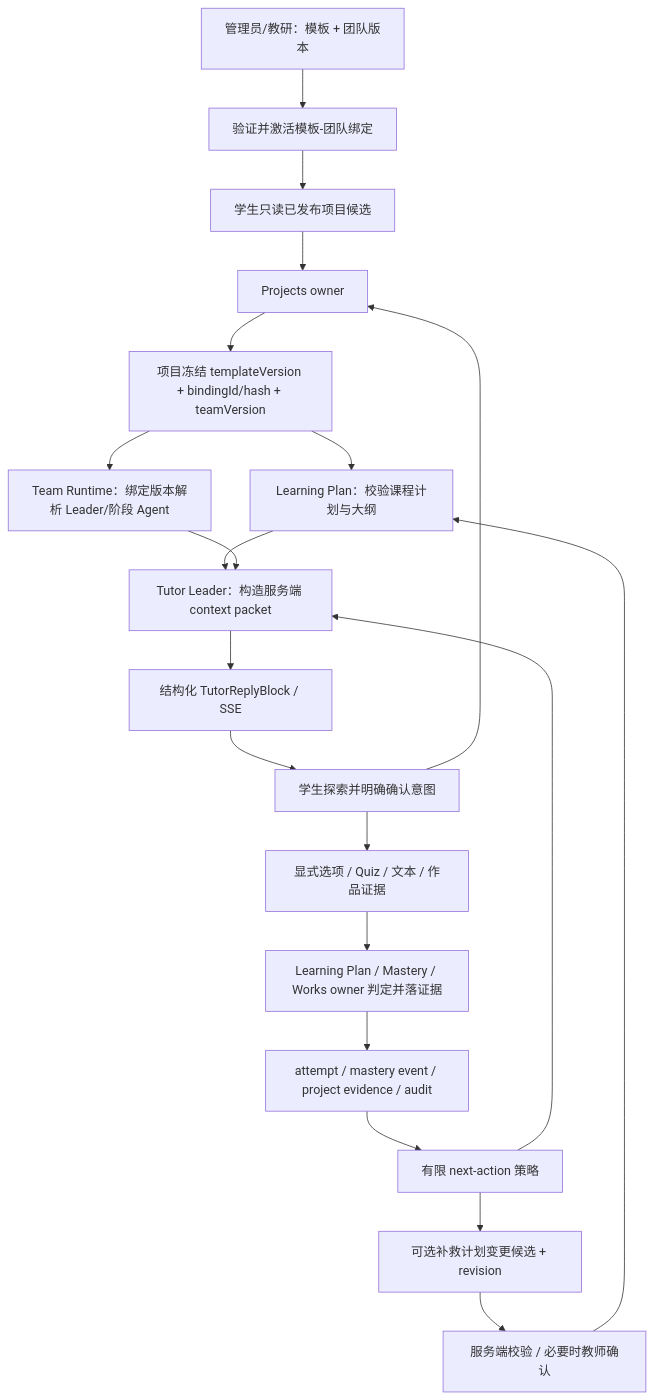
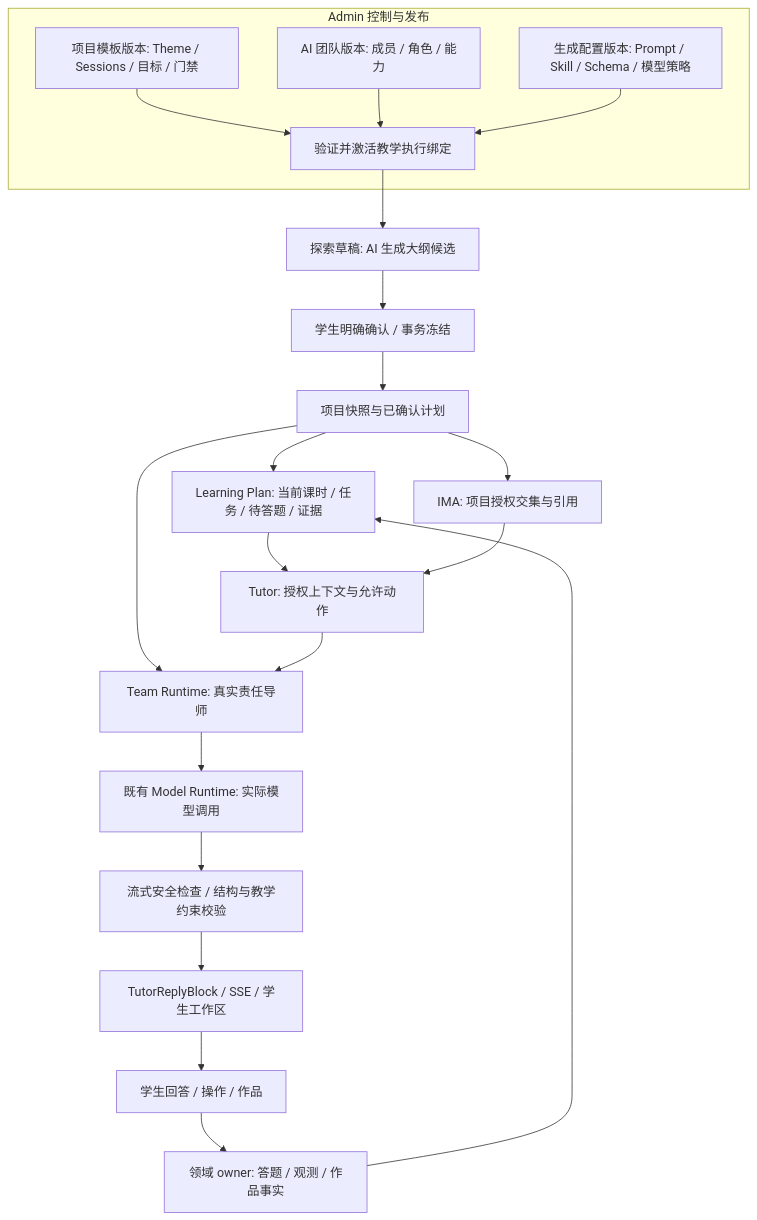
Before and after one commit to Jack-Liu0227/qitu-zhixue: the first of 2 diagrams in docs/plan/codex/architecture.md, drawn with Mermaid. The commit also changed other lines of this file and 127 other files, not shown here.

First line of the commit message:
fix: harden model routing and frozen tutor integration

````diff
--- a/docs/plan/codex/architecture.md
+++ b/docs/plan/codex/architecture.md
@@ -21,22 +30,27 @@
 ```mermaid
 flowchart TD
-  Admin[管理员/教研：模板 + 团队版本] --> Binding[验证并激活模板-团队绑定]
-  Binding --> Catalog[学生只读已发布项目候选]
-  Student[学生探索并明确确认意图] --> Projects[Projects owner]
-  Catalog --> Projects
-  Projects --> Snapshot[项目冻结 templateVersion + bindingId/hash + teamVersion]
-  Snapshot --> Plan[Learning Plan：校验课程计划与大纲]
-  Snapshot --> Run[Team Runtime：绑定版本解析 Leader/阶段 Agent]
-  Plan --> Tutor[Tutor Leader：构造服务端 context packet]
-  Run --> Tutor
-  Tutor --> Blocks[结构化 TutorReplyBlock / SSE]
-  Blocks --> Student
-  Student --> Answer[显式选项 / Quiz / 文本 / 作品证据]
-  Answer --> Owner[Learning Plan / Mastery / Works owner 判定并落证据]
-  Owner --> Events[attempt / mastery event / project evidence / audit]
-  Events --> Policy[有限 next-action 策略]
-  Policy --> Tutor
-  Policy --> Adjustment[可选补救计划变更候选 + revision]
-  Adjustment --> Review[服务端校验 / 必要时教师确认]
-  Review --> Plan
+  subgraph Control[Admin 控制与发布]
+    T[项目模板版本: Theme / Sessions / 目标 / 门禁]
+    A[AI 团队版本: 成员 / 角色 / 能力]
+    P[生成配置版本: Prompt / Skill / Schema / 模型策略]
+    B[验证并激活教学执行绑定]
+    T --> B
+    A --> B
+    P --> B
+  end
+  B --> D[探索草稿: AI 生成大纲候选]
+  D --> C[学生明确确认 / 事务冻结]
+  C --> S[项目快照与已确认计划]
+  S --> L[Learning Plan: 当前课时 / 任务 / 待答题 / 证据]
+  L --> X[Tutor: 授权上下文与允许动作]
+  S --> R[Team Runtime: 真实责任导师]
+  X --> R
+  R --> M[既有 Model Runtime: 实际模型调用]
+  S --> K
+  K[IMA: 项目授权交集与引用] --> X
+  M --> V[流式安全检查 / 结构与教学约束校验]
+  V --> U[TutorReplyBlock / SSE / 学生工作区]
+  U --> E[学生回答 / 操作 / 作品]
+  E --> O[领域 owner: 答题 / 观测 / 作品事实]
+  O --> L
 ```
````
